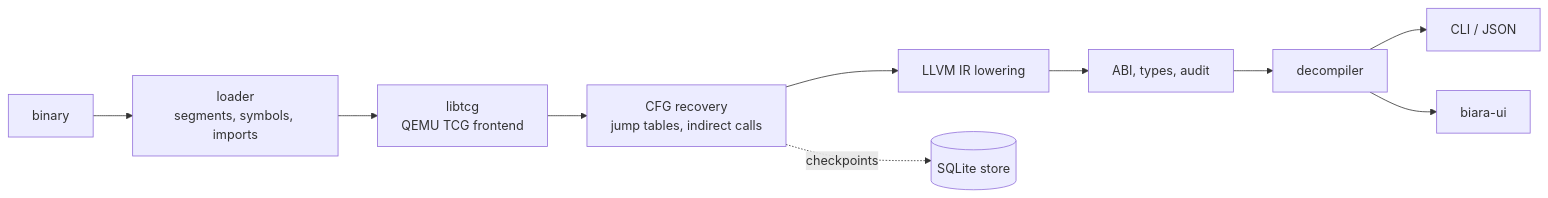
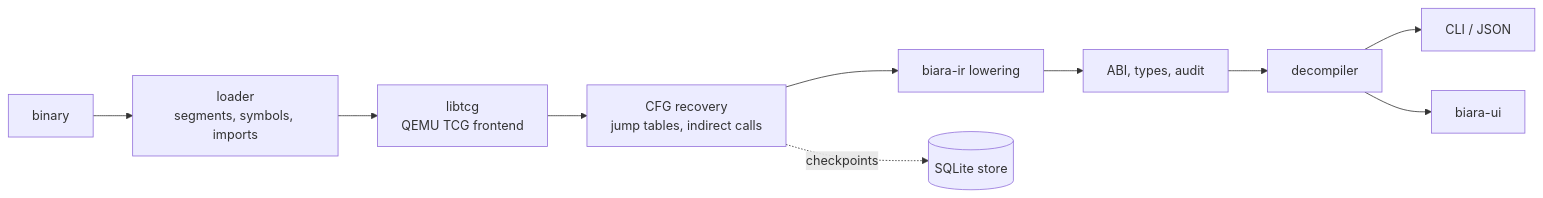
One commit to cappuch/biara changed the diagram in README.md. Above: the diagram before and after it, drawn with Mermaid. The commit also changed other lines of this file and 6 other files, not shown here.

````diff
--- a/README.md
+++ b/README.md
@@ -250,12 +269,12 @@
 ```mermaid
 flowchart LR
     B[binary] --> L[loader<br>segments, symbols, imports]
     L --> T[libtcg<br>QEMU TCG frontend]
     T --> C[CFG recovery<br>jump tables, indirect calls]
-    C --> I[LLVM IR lowering]
+    C --> I[biara-ir lowering]
     I --> A[ABI, types, audit]
     A --> D[decompiler]
     C -.checkpoints.-> S[(SQLite store)]
     D --> O[CLI / JSON]
     D --> U[biara-ui]
 ```
````
